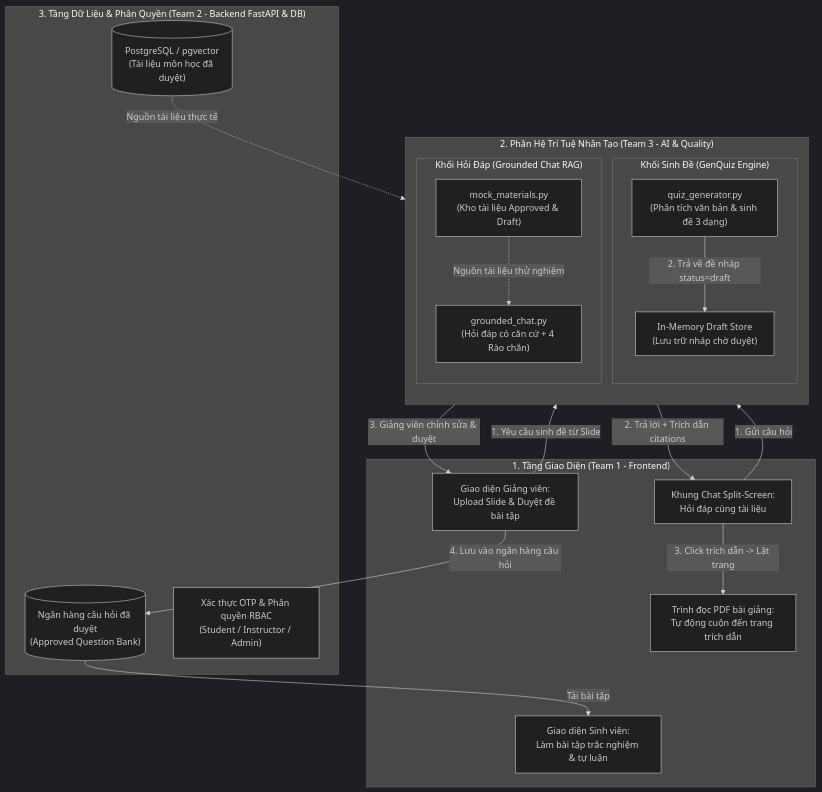
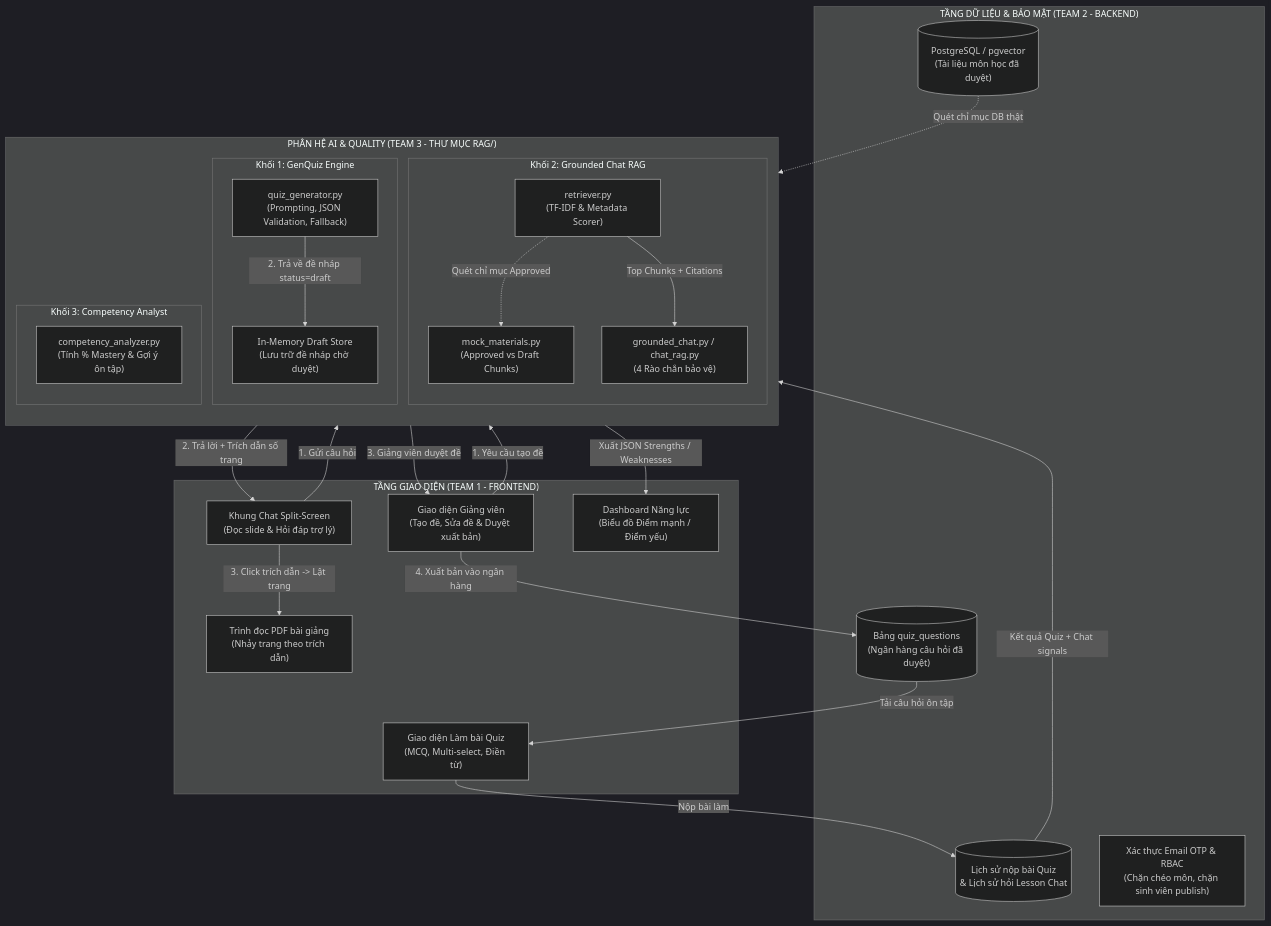
One commit to ngatt-17/Learning_Teaching changed the first of 4 diagrams in rag/BAO_CAO_LUONG_VA_LOGIC.md. Above: the diagram before and after it, drawn with Mermaid (dark theme). The commit also changed other lines of this file and 25 other files, not shown here.

Commit message:
feat(ai): consolidate AI module into rag folder and update comprehensive logic report

````diff
--- a/rag/BAO_CAO_LUONG_VA_LOGIC.md
+++ b/rag/BAO_CAO_LUONG_VA_LOGIC.md
@@ -30,44 +23,55 @@
 ```mermaid
 flowchart TD
-    subgraph FE ["1. Tầng Giao Diện (Team 1 - Frontend)"]
-        UI_GV["Giao diện Giảng viên:\nUpload Slide & Duyệt đề bài tập"]
-        UI_Chat["Khung Chat Split-Screen:\nHỏi đáp cùng tài liệu"]
-        UI_PDF["Trình đọc PDF bài giảng:\nTự động cuộn đến trang trích dẫn"]
-        UI_Quiz["Giao diện Sinh viên:\nLàm bài tập trắc nghiệm & tự luận"]
+    subgraph FE ["TẦNG GIAO DIỆN (TEAM 1 - FRONTEND)"]
+        UI_GV["Giao diện Giảng viên\n(Tạo đề, Sửa đề & Duyệt xuất bản)"]
+        UI_Chat["Khung Chat Split-Screen\n(Đọc slide & Hỏi đáp trợ lý)"]
+        UI_PDF["Trình đọc PDF bài giảng\n(Nhảy trang theo trích dẫn)"]
+        UI_Quiz["Giao diện Làm bài Quiz\n(MCQ, Multi-select, Điền từ)"]
+        UI_Dash["Dashboard Năng lực\n(Biểu đồ Điểm mạnh / Điểm yếu)"]
     end
 
-    subgraph AI_Engine ["2. Phân Hệ Trí Tuệ Nhân Tạo (Team 3 - AI & Quality)"]
+    subgraph AI_Engine ["PHÂN HỆ AI & QUALITY (TEAM 3 - THƯ MỤC RAG/)"]
         direction TB
-        subgraph Quiz_Module ["Khối Sinh Đề (GenQuiz Engine)"]
-            QG["quiz_generator.py\n(Phân tích văn bản & sinh đề 3 dạng)"]
-            QD["In-Memory Draft Store\n(Lưu trữ nháp chờ duyệt)"]
+        subgraph Mod_GenQuiz ["Khối 1: GenQuiz Engine"]
+            QG["quiz_generator.py\n(Prompting, JSON Validation, Fallback)"]
+            DS["In-Memory Draft Store\n(Lưu trữ đề nháp chờ duyệt)"]
         end
-        
-        subgraph Chat_Module ["Khối Hỏi Đáp (Grounded Chat RAG)"]
-            GC["grounded_chat.py\n(Hỏi đáp có căn cứ + 4 Rào chắn)"]
-            MAT["mock_materials.py\n(Kho tài liệu Approved & Draft)"]
+
+        subgraph Mod_Chat ["Khối 2: Grounded Chat RAG"]
+            GC["grounded_chat.py / chat_rag.py\n(4 Rào chắn bảo vệ)"]
+            RET["retriever.py\n(TF-IDF & Metadata Scorer)"]
+            MAT["mock_materials.py\n(Approved vs Draft Chunks)"]
+        end
+
+        subgraph Mod_Analyst ["Khối 3: Competency Analyst"]
+            CA["competency_analyzer.py\n(Tính % Mastery & Gợi ý ôn tập)"]
         end
     end
 
-    subgraph BE ["3. Tầng Dữ Liệu & Phân Quyền (Team 2 - Backend FastAPI & DB)"]
+    subgraph BE ["TẦNG DỮ LIỆU & BẢO MẬT (TEAM 2 - BACKEND)"]
         DB_Course[("PostgreSQL / pgvector\n(Tài liệu môn học đã duyệt)")]
-        DB_Bank[("Ngân hàng câu hỏi đã duyệt\n(Approved Question Bank)")]
-        AUTH["Xác thực OTP & Phân quyền RBAC\n(Student / Instructor / Admin)"]
+        DB_Bank[("Bảng quiz_questions\n(Ngân hàng câu hỏi đã duyệt)")]
+        DB_Logs[("Lịch sử nộp bài Quiz\n& Lịch sử hỏi Lesson Chat")]
+        AUTH["Xác thực Email OTP & RBAC\n(Chặn chéo môn, chặn sinh viên publish)"]
     end
 
-    %% Luồng Giảng viên tạo đề
-    UI_GV -->|1. Yêu cầu sinh đề từ Slide| QG
-    QG -->|2. Trả về đề nháp status=draft| QD
-    QD -->|3. Giảng viên chỉnh sửa & duyệt| UI_GV
-    UI_GV -->|4. Lưu vào ngân hàng câu hỏi| DB_Bank
+    %% Luồng 1: GenQuiz
+    UI_GV -->|1. Yêu cầu tạo đề| QG
+    QG -->|2. Trả về đề nháp status=draft| DS
+    DS -->|3. Giảng viên duyệt đề| UI_GV
+    UI_GV -->|4. Xuất bản vào ngân hàng| DB_Bank
 
-    %% Luồng Sinh viên hỏi bài
+    %% Luồng 2: Chat RAG
     UI_Chat -->|1. Gửi câu hỏi| GC
-    MAT -.->|Nguồn tài liệu thử nghiệm| GC
-    DB_Course -.->|Nguồn tài liệu thực tế| GC
-    GC -->|2. Trả lời + Trích dẫn citations| UI_Chat
+    RET -.->|Quét chỉ mục Approved| MAT
+    DB_Course -.->|Quét chỉ mục DB thật| RET
+    RET -->|Top Chunks + Citations| GC
+    GC -->|2. Trả lời + Trích dẫn số trang| UI_Chat
     UI_Chat -->|3. Click trích dẫn -> Lật trang| UI_PDF
 
-    %% Luồng Sinh viên làm bài
-    DB_Bank -->|Tải bài tập| UI_Quiz
+    %% Luồng 3: Quiz & Analyst
+    DB_Bank -->|Tải câu hỏi ôn tập| UI_Quiz
+    UI_Quiz -->|Nộp bài làm| DB_Logs
+    DB_Logs -->|Kết quả Quiz + Chat signals| CA
+    CA -->|Xuất JSON Strengths / Weaknesses| UI_Dash
 ```
````
